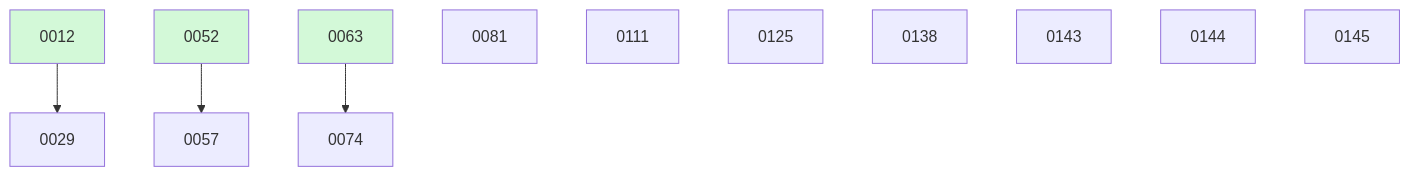
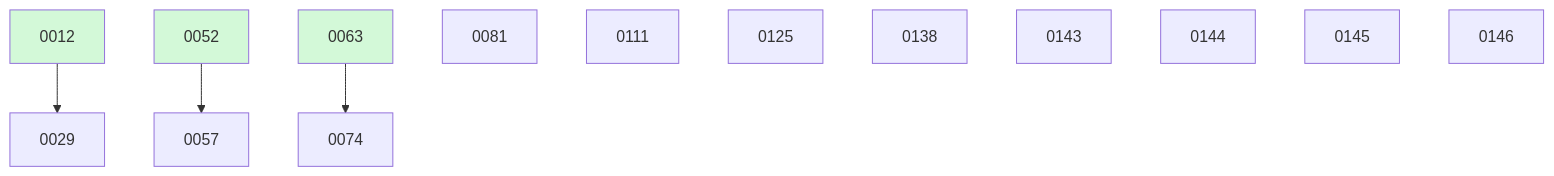
One commit to ethanhinson/fuse changed the diagram in docs/changes/BOARD.md. Above: the diagram before and after it, drawn with Mermaid. The commit also changed other lines of this file and 1 other file, not shown here.

````diff
--- a/docs/changes/BOARD.md
+++ b/docs/changes/BOARD.md
@@ -35,17 +36,18 @@
 ```mermaid
 graph TD
   0012 --> 0029
   0052 --> 0057
   0063 --> 0074
   0081
   0111
   0125
   0138
   0143
   0144
   0145
+  0146
   0012:::done
   0052:::done
   0063:::done
   classDef done fill:#d3f9d8;
 ```
````
